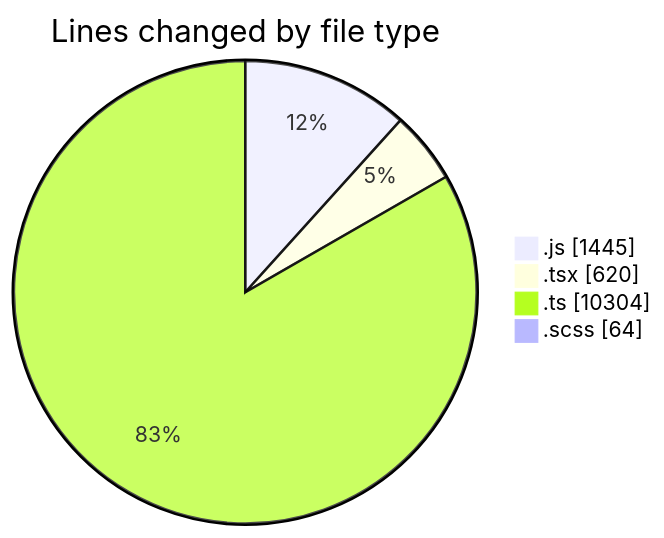
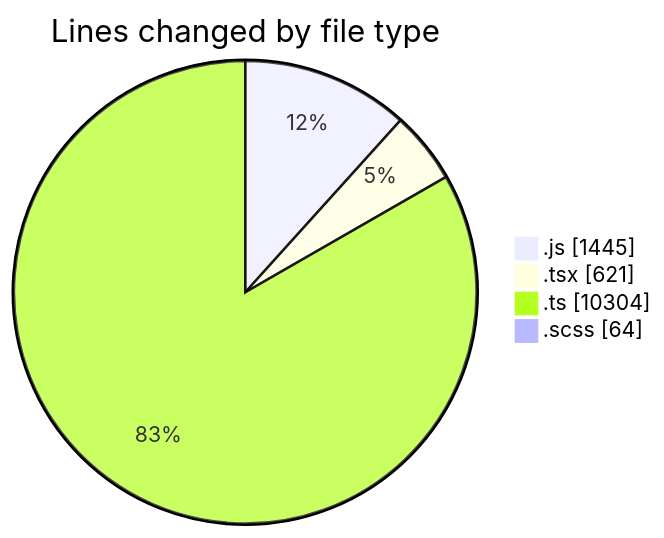
Before and after one commit to momahboobian/code-tracking: the first of 2 diagrams in 2025-03-13/cda/README.md, drawn with Mermaid. The commit also changed other lines of this file and 1 other file, not shown here.

````diff
--- a/2025-03-13/cda/README.md
+++ b/2025-03-13/cda/README.md
@@ -33,8 +33,8 @@
 ```mermaid
 pie showData
 title Lines changed by file type
 ".js" : 1445
-".tsx" : 620
+".tsx" : 621
 ".ts" : 10304
 ".scss" : 64
 ```
````
